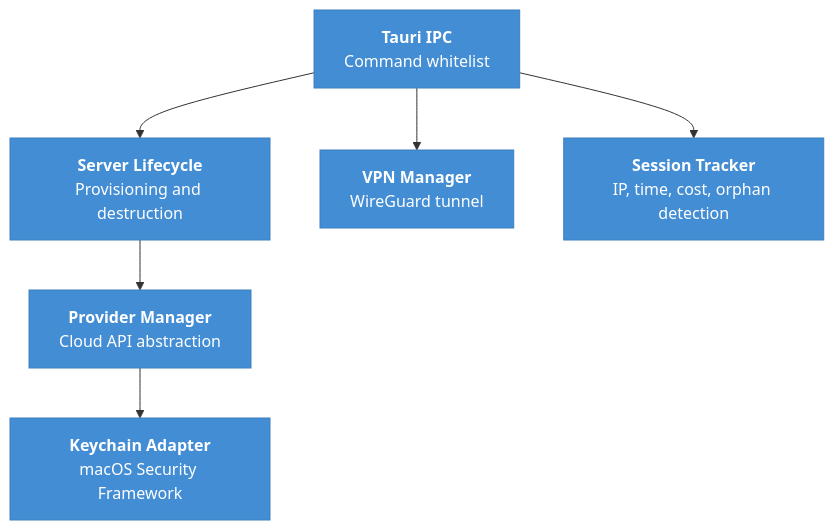
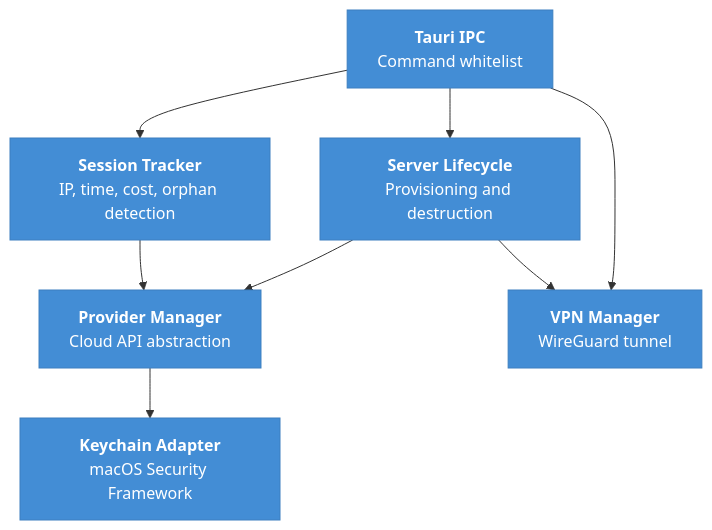
One commit to saemanas/oh-my-vpn changed the second of 2 diagrams in docs/architecture/containers.md. Above: the diagram before and after it, drawn with Mermaid. The commit also changed other lines of this file, not shown here.

First line of the commit message:
docs(architecture): fix backend module diagram dependencies and deduplicate key decisions

````diff
--- a/docs/architecture/containers.md
+++ b/docs/architecture/containers.md
@@ -61,18 +61,20 @@
 ```mermaid
 flowchart TD
     ipc["<b>Tauri IPC</b><br/>Command whitelist"]
     providerManager["<b>Provider Manager</b><br/>Cloud API abstraction"]
     serverLifecycle["<b>Server Lifecycle</b><br/>Provisioning and destruction"]
     vpnManager["<b>VPN Manager</b><br/>WireGuard tunnel"]
     sessionTracker["<b>Session Tracker</b><br/>IP, time, cost, orphan detection"]
     keychainAdapter["<b>Keychain Adapter</b><br/>macOS Security Framework"]
 
     ipc --> serverLifecycle
     ipc --> vpnManager
     ipc --> sessionTracker
     serverLifecycle --> providerManager
+    serverLifecycle --> vpnManager
+    sessionTracker --> providerManager
     providerManager --> keychainAdapter
 
     classDef module fill:#438dd5,stroke:#3c7fc0,color:#fff
     class ipc,providerManager,serverLifecycle,vpnManager,sessionTracker,keychainAdapter module
 ```
````
